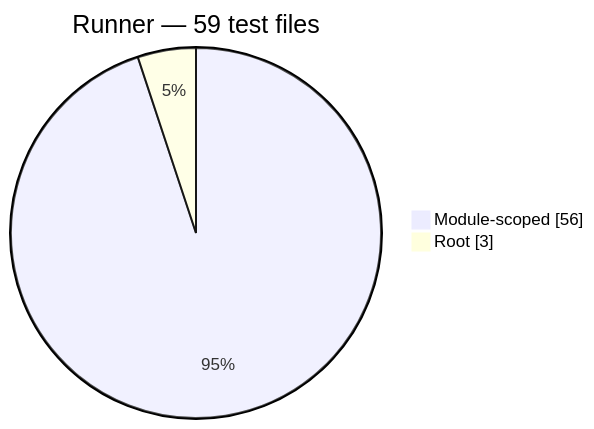
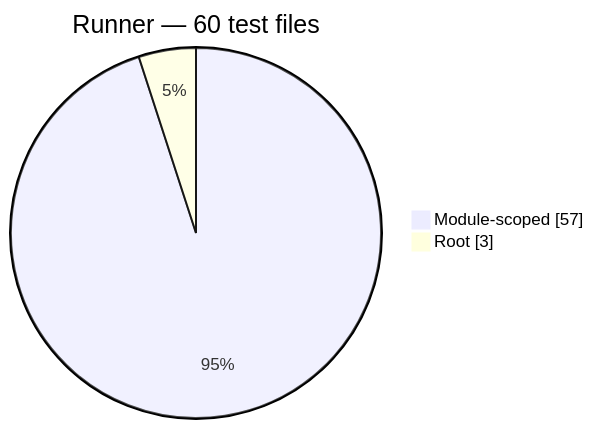
One commit to Mohammed-Alama/php-arazzo changed the fourth of 7 diagrams in docs/generated/test-composition.md. Above: the diagram before and after it, drawn with Mermaid. The commit also changed other lines of this file and 19 other files, not shown here.

````diff
--- a/docs/generated/test-composition.md
+++ b/docs/generated/test-composition.md
@@ -58,6 +58,6 @@
 ```mermaid
 pie showData
-    title Runner — 59 test files
-    "Module-scoped": 56
+    title Runner — 60 test files
+    "Module-scoped": 57
     "Root": 3
 ```
````
